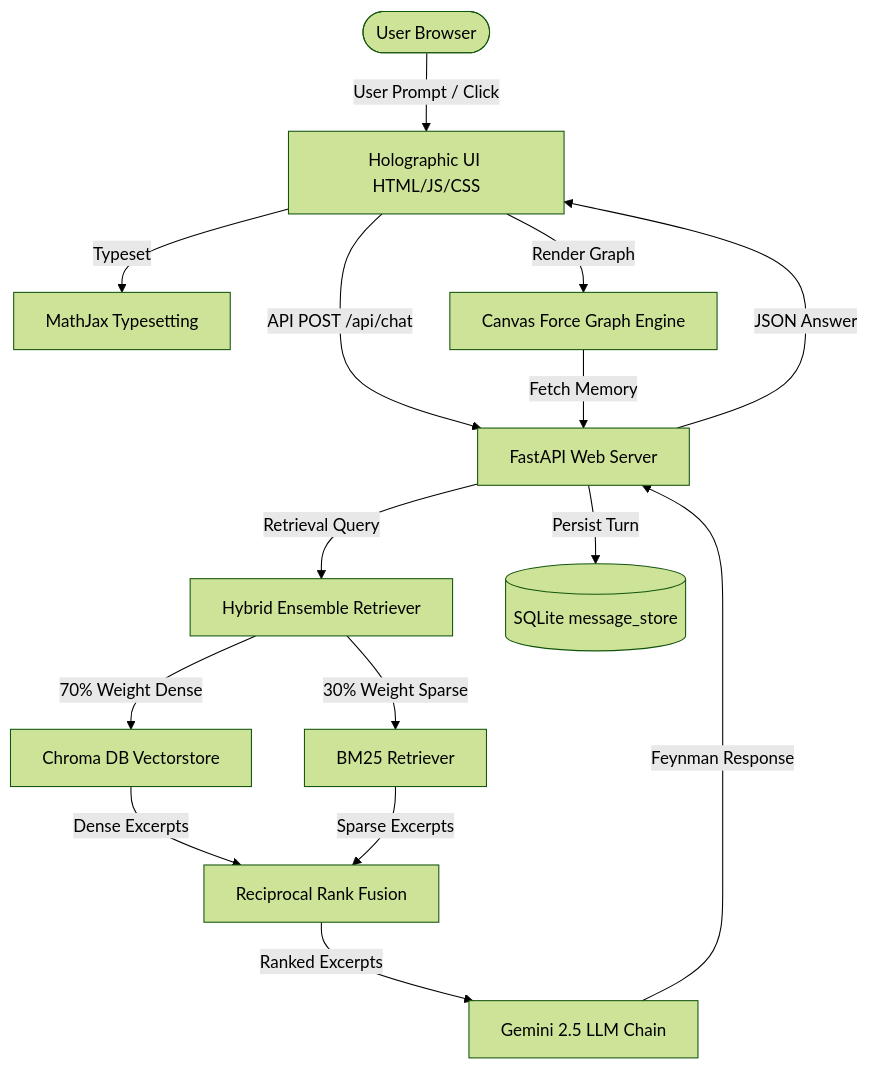
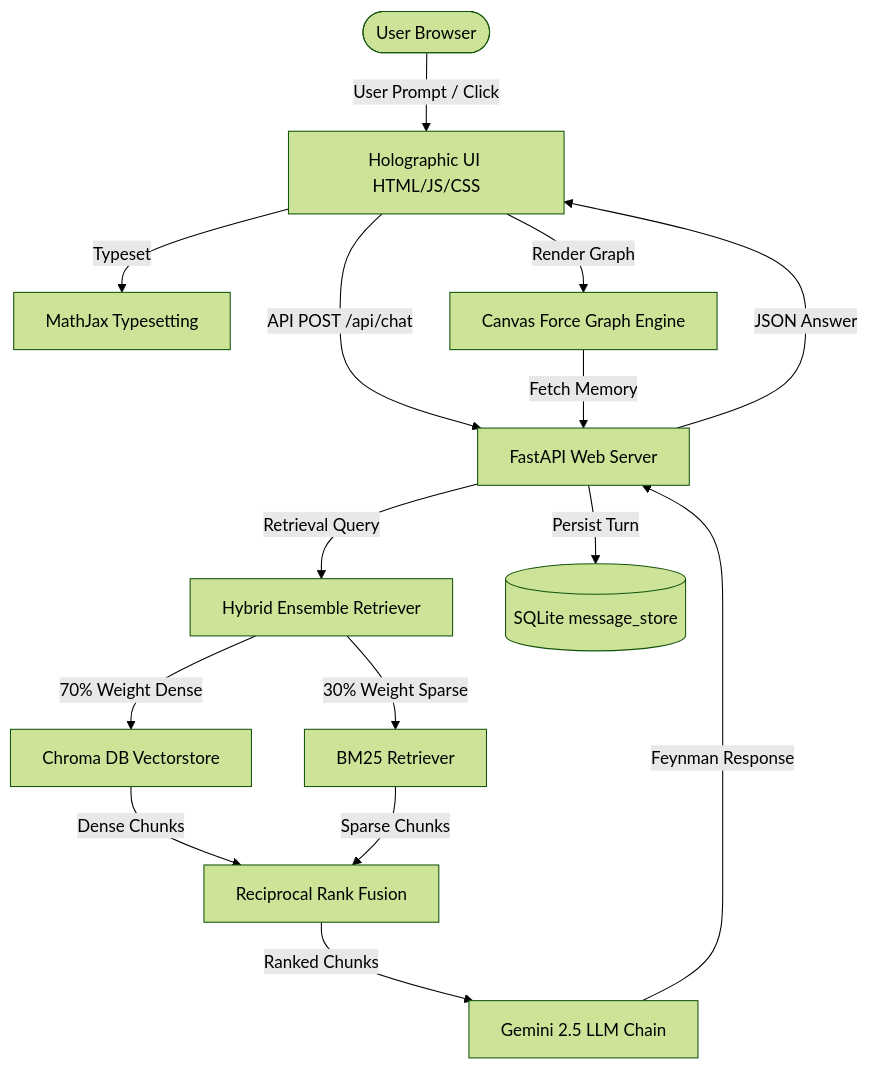
Before and after one commit to Cypher193/AIMS_Feynman: the diagram in DOCUMENTATION.md, drawn with Mermaid (forest theme). The commit also changed other lines of this file and 1 other file, not shown here.

Commit message:
Update documentation with step-by-step prompt data flow in markdown and DOCX formats

````diff
--- a/DOCUMENTATION.md
+++ b/DOCUMENTATION.md
@@ -28,17 +28,17 @@
 ```mermaid
 graph TD
     User([User Browser]) -->|User Prompt / Click| UI[Holographic UI HTML/JS/CSS]
     UI -->|API POST /api/chat| Server[FastAPI Web Server]
     Server -->|Retrieval Query| Hybrid[Hybrid Ensemble Retriever]
     Hybrid -->|70% Weight Dense| Chroma[Chroma DB Vectorstore]
     Hybrid -->|30% Weight Sparse| BM25[BM25 Retriever]
-    Chroma -->|Dense Excerpts| RRF[Reciprocal Rank Fusion]
-    BM25 -->|Sparse Excerpts| RRF
-    RRF -->|Ranked Excerpts| LLM[Gemini 2.5 LLM Chain]
+    Chroma -->|Dense Chunks| RRF[Reciprocal Rank Fusion]
+    BM25 -->|Sparse Chunks| RRF
+    RRF -->|Ranked Chunks| LLM[Gemini 2.5 LLM Chain]
     Server -->|Persist Turn| SQLite[(SQLite message_store)]
     LLM -->|Feynman Response| Server
     Server -->|JSON Answer| UI
     UI -->|Typeset| MathJax[MathJax Typesetting]
     UI -->|Render Graph| Physics[Canvas Force Graph Engine]
     Physics -->|Fetch Memory| Server
 ```
````
